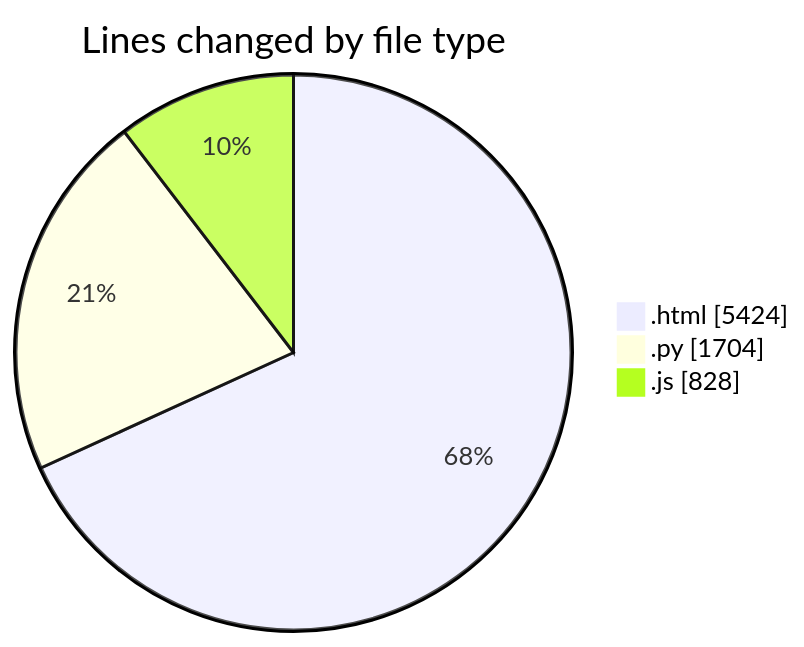
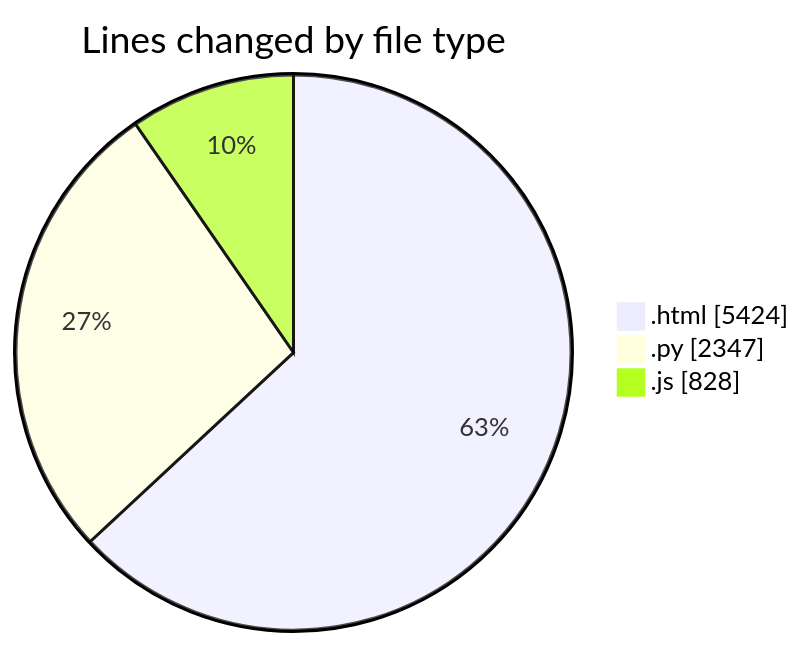
Before and after one commit to shibass792/code-tracking: the first of 2 diagrams in 2026-07-12/untitled__workspace_/README.md, drawn with Mermaid. The commit also changed other lines of this file and 1 other file, not shown here.

````diff
--- a/2026-07-12/untitled__workspace_/README.md
+++ b/2026-07-12/untitled__workspace_/README.md
@@ -24,7 +25,7 @@
 ```mermaid
 pie showData
 title Lines changed by file type
 ".html" : 5424
-".py" : 1704
+".py" : 2347
 ".js" : 828
 ```
````
